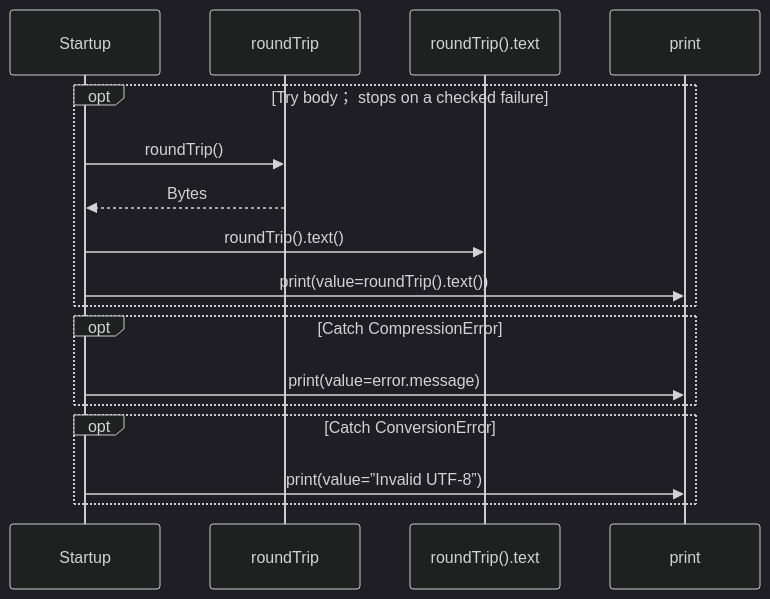
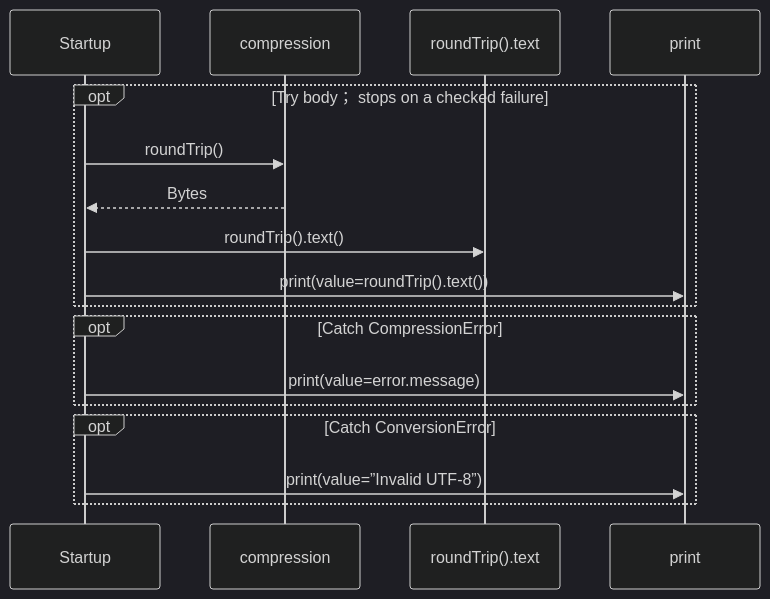
Before and after one commit to GreenPandaStudios/augscript: the second of 2 diagrams in docs/examples/native-zlib/main-diagrams.md, drawn with Mermaid (dark theme). The commit also changed 200 other files, not shown here.

Commit message:
Group imported operations and wrap readable sequence messages

````diff
--- a/docs/examples/native-zlib/main-diagrams.md
+++ b/docs/examples/native-zlib/main-diagrams.md
@@ -39,19 +39,19 @@
 ```mermaid
 sequenceDiagram
     participant p0 as Startup
-    participant p1 as roundTrip
+    participant p1 as compression
     participant p2 as roundTrip().text
     participant p3 as print
     opt Try body； stops on a checked failure
     p0->>p1: roundTrip()
     p1-->>p0: Bytes
     p0->>p2: roundTrip().text()
     p0->>p3: print(value=roundTrip().text())
     end
     opt Catch CompressionError
     p0->>p3: print(value=error.message)
     end
     opt Catch ConversionError
     p0->>p3: print(value=”Invalid UTF-8”)
     end
 ```
````
